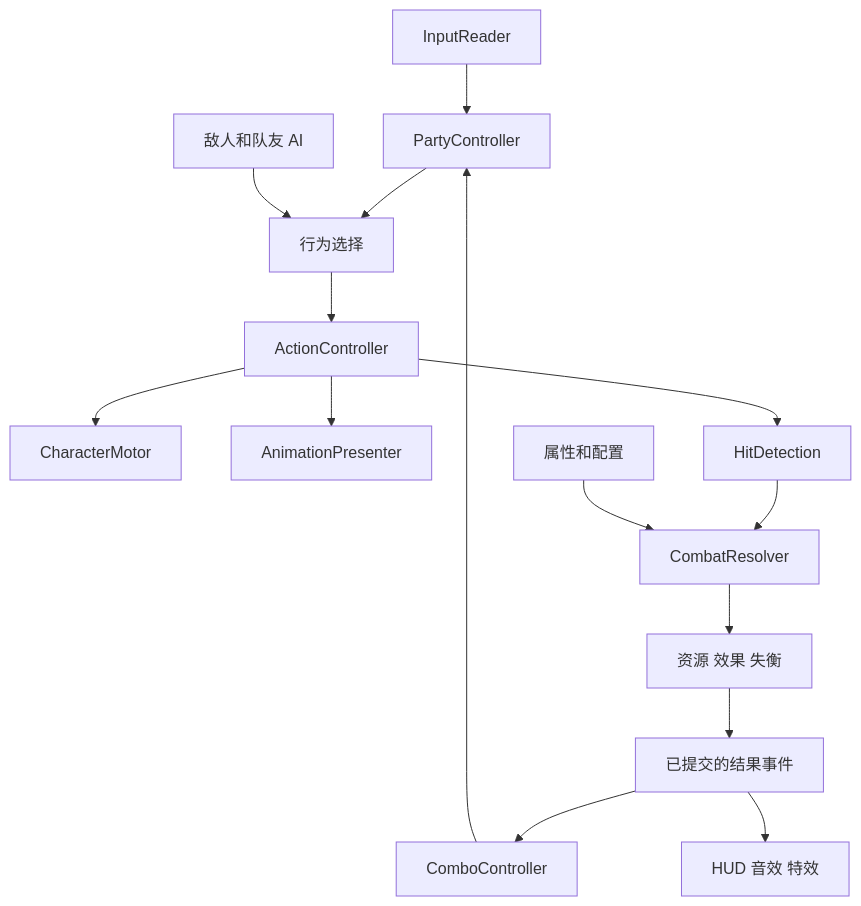
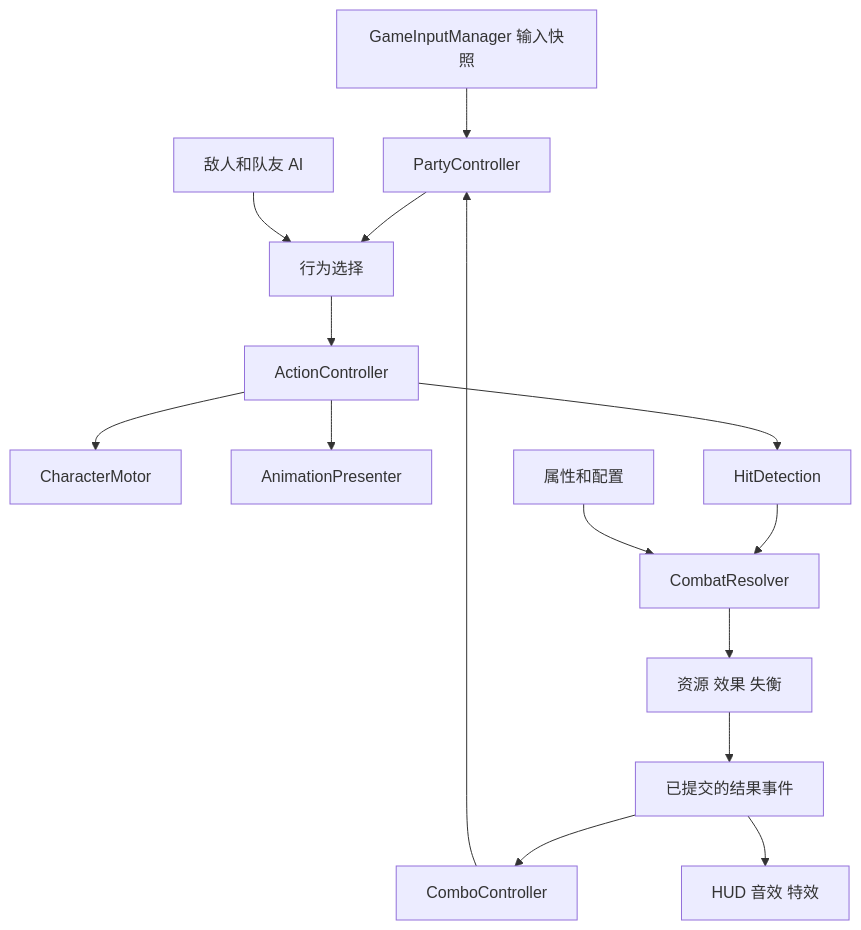
The second of 2 diagrams in Docs/战斗系统完整规划.md (emt11/Arknights-Endfield-Demo), drawn with Mermaid before and after one commit. The commit also changed other lines of this file and 297 other files, not shown here.

````diff
--- a/Docs/战斗系统完整规划.md
+++ b/Docs/战斗系统完整规划.md
@@ -154,17 +158,17 @@
 ```mermaid
 flowchart TD
-    Player[InputReader] --> Party[PartyController]
+    Player[GameInputManager 输入快照] --> Party[PartyController]
     Party --> Behavior[行为选择]
     AI[敌人和队友 AI] --> Behavior
     Behavior --> Action[ActionController]
     Action --> Motor[CharacterMotor]
     Action --> Animation[AnimationPresenter]
     Action --> Hit[HitDetection]
     Hit --> Combat[CombatResolver]
     Stats[属性和配置] --> Combat
     Combat --> Runtime[资源 效果 失衡]
     Runtime --> Events[已提交的结果事件]
     Events --> Combo[ComboController]
     Combo --> Party
     Events --> Presentation[HUD 音效 特效]
 ```
````
